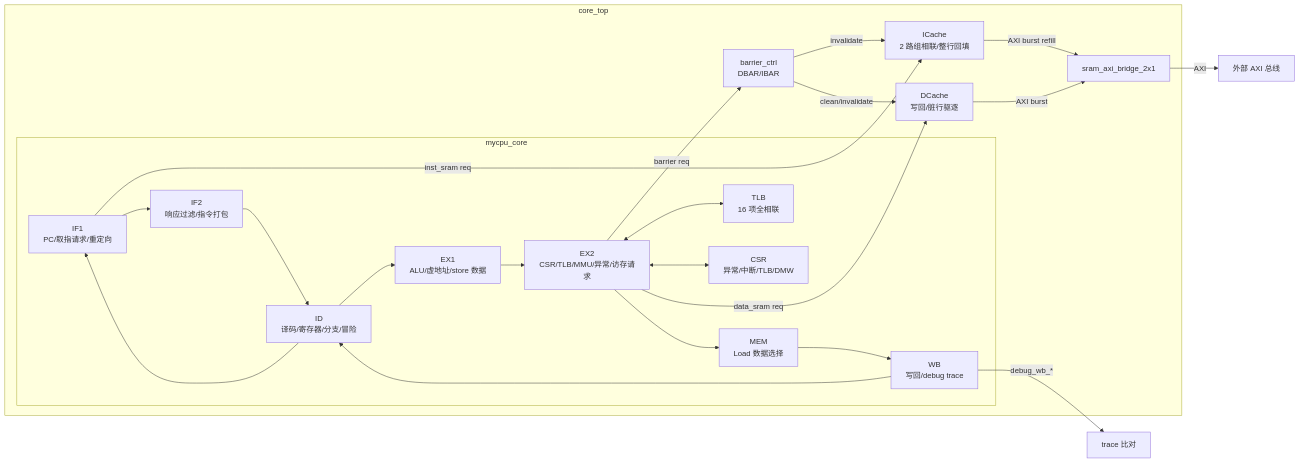
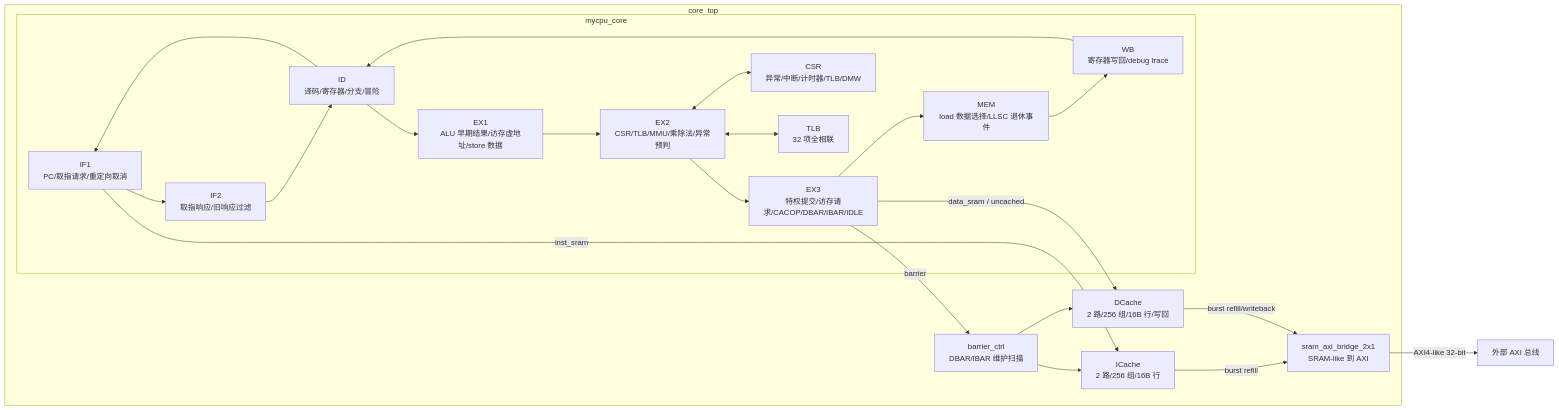
The diagram in README.md (atopos101/Ourcpu), drawn with Mermaid before and after one commit. The commit also changed other lines of this file and 8 other files, not shown here.

````diff
--- a/README.md
+++ b/README.md
@@ -28,37 +29,37 @@
 ```mermaid
 flowchart LR
-    subgraph CPU["core_top"]
+    subgraph Top["core_top"]
         subgraph Core["mycpu_core"]
-            IF1["IF1\nPC/取指请求/重定向"]
-            IF2["IF2\n响应过滤/指令打包"]
+            IF1["IF1\nPC/取指请求/重定向取消"]
+            IF2["IF2\n取指响应/旧响应过滤"]
             ID["ID\n译码/寄存器/分支/冒险"]
-            EX1["EX1\nALU/虚地址/store 数据"]
-            EX2["EX2\nCSR/TLB/MMU/异常/访存请求"]
-            MEM["MEM\nLoad 数据选择"]
-            WB["WB\n写回/debug trace"]
-            TLB["TLB\n16 项全相联"]
-            CSR["CSR\n异常/中断/TLB/DMW"]
+            EX1["EX1\nALU 早期结果/访存虚地址/store 数据"]
+            EX2["EX2\nCSR/TLB/MMU/乘除法/异常预判"]
+            EX3["EX3\n特权提交/访存请求/CACOP/DBAR/IBAR/IDLE"]
+            MEM["MEM\nload 数据选择/LLSC 退休事件"]
+            WB["WB\n寄存器写回/debug trace"]
+            CSR["CSR\n异常/中断/计时器/TLB/DMW"]
+            TLB["TLB\n32 项全相联"]
 
-            IF1 --> IF2 --> ID --> EX1 --> EX2 --> MEM --> WB
+            IF1 --> IF2 --> ID --> EX1 --> EX2 --> EX3 --> MEM --> WB
+            EX2 <--> CSR
             EX2 <--> TLB
-            EX2 <--> CSR
             WB --> ID
             ID --> IF1
         end
 
-        ICache["ICache\n2 路组相联/整行回填"]
-        DCache["DCache\n写回/脏行驱逐"]
-        Barrier["barrier_ctrl\nDBAR/IBAR"]
-        Bridge["sram_axi_bridge_2x1"]
+        ICache["ICache\n2 路/256 组/16B 行"]
+        DCache["DCache\n2 路/256 组/16B 行/写回"]
+        Barrier["barrier_ctrl\nDBAR/IBAR 维护扫描"]
+        Bridge["sram_axi_bridge_2x1\nSRAM-like 到 AXI"]
     end
 
-    IF1 -- "inst_sram req" --> ICache
-    ICache -- "AXI burst refill" --> Bridge
-    EX2 -- "data_sram req" --> DCache
-    EX2 -- "barrier req" --> Barrier
-    Barrier -- "clean/invalidate" --> DCache
-    Barrier -- "invalidate" --> ICache
-    DCache -- "AXI burst" --> Bridge
-    Bridge -- "AXI" --> SOC["外部 AXI 总线"]
-    WB -- "debug_wb_*" --> TRACE["trace 比对"]
+    IF1 -- "inst_sram" --> ICache
+    EX3 -- "data_sram / uncached" --> DCache
+    EX3 -- "barrier" --> Barrier
+    Barrier --> DCache
+    Barrier --> ICache
+    ICache -- "burst refill" --> Bridge
+    DCache -- "burst refill/writeback" --> Bridge
+    Bridge -- "AXI4-like 32-bit" --> AXI["外部 AXI 总线"]
 ```
````
